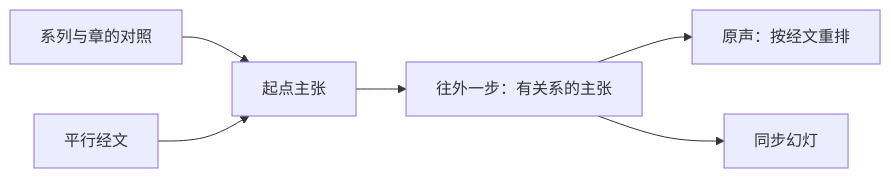
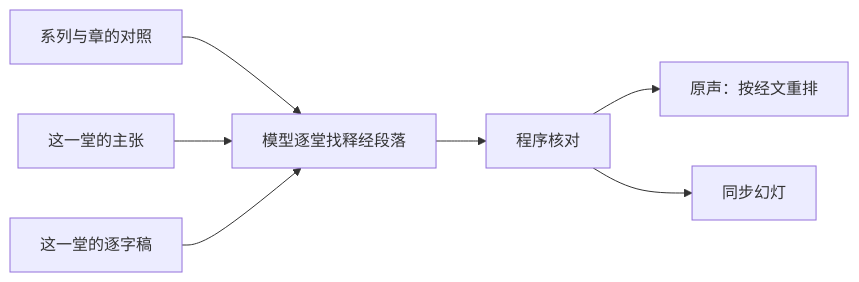
One commit to junyang168/smart-answer changed the diagram in docs/wang-knowledge-platform/30-authoring/matthew_chapter_exposition_page_solution.md. Above: the diagram before and after it, drawn with Mermaid. The commit also changed other lines of this file, not shown here.

````diff
--- a/docs/wang-knowledge-platform/30-authoring/matthew_chapter_exposition_page_solution.md
+++ b/docs/wang-knowledge-platform/30-authoring/matthew_chapter_exposition_page_solution.md
@@ -70,8 +75,9 @@
 ```mermaid
 flowchart LR
-    SERIES["系列与章的对照"] --> SEED["起点主张"]
-    PARALLEL["平行经文"] --> SEED
-    SEED --> SELECT["往外一步：有关系的主张"]
-    SELECT --> AUDIO["原声：按经文重排"]
-    SELECT --> SLIDES["同步幻灯"]
+    SERIES["系列与章的对照"] --> READ["模型逐堂找释经段落"]
+    CLAIMS["这一堂的主张"] --> READ
+    SCRIPT["这一堂的逐字稿"] --> READ
+    READ --> CHECK["程序核对"]
+    CHECK --> AUDIO["原声：按经文重排"]
+    CHECK --> SLIDES["同步幻灯"]
 ```
````
